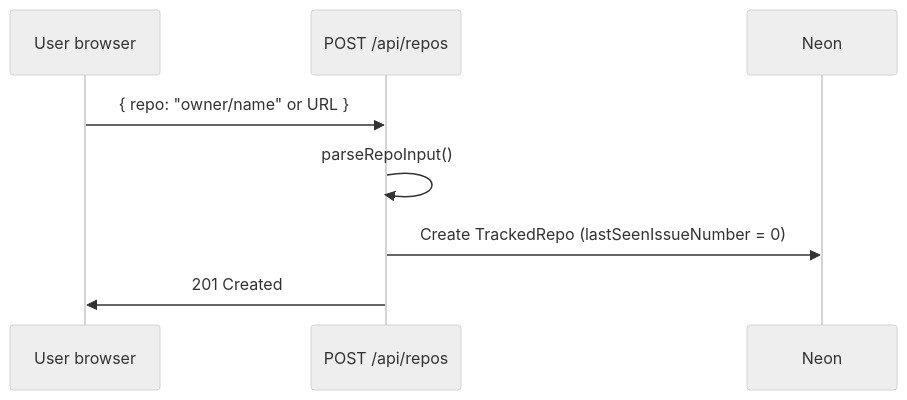
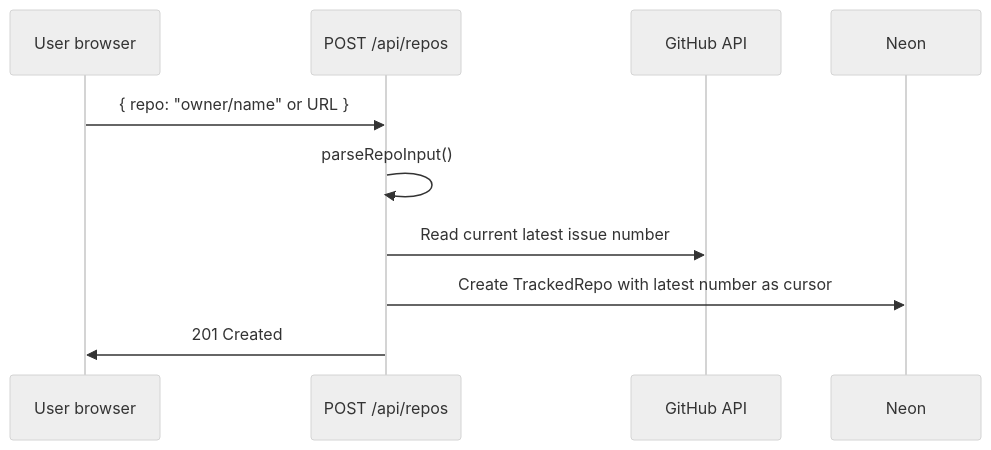
Before and after one commit to AgrimTawani/oss-manager: the fifth of 8 diagrams in docs/architecture.md, drawn with Mermaid (neutral theme). The commit also changed other lines of this file and 8 other files, not shown here.

Commit message:
Show actual GitHub issue creation times

````diff
--- a/docs/architecture.md
+++ b/docs/architecture.md
@@ -178,11 +180,13 @@
 ```mermaid
 sequenceDiagram
   participant U as User browser
   participant N as POST /api/repos
+  participant GH as GitHub API
   participant DB as Neon
 
   U->>N: { repo: "owner/name" or URL }
   N->>N: parseRepoInput()
-  N->>DB: Create TrackedRepo (lastSeenIssueNumber = 0)
+  N->>GH: Read current latest issue number
+  N->>DB: Create TrackedRepo with latest number as cursor
   N->>U: 201 Created
 ```
````
